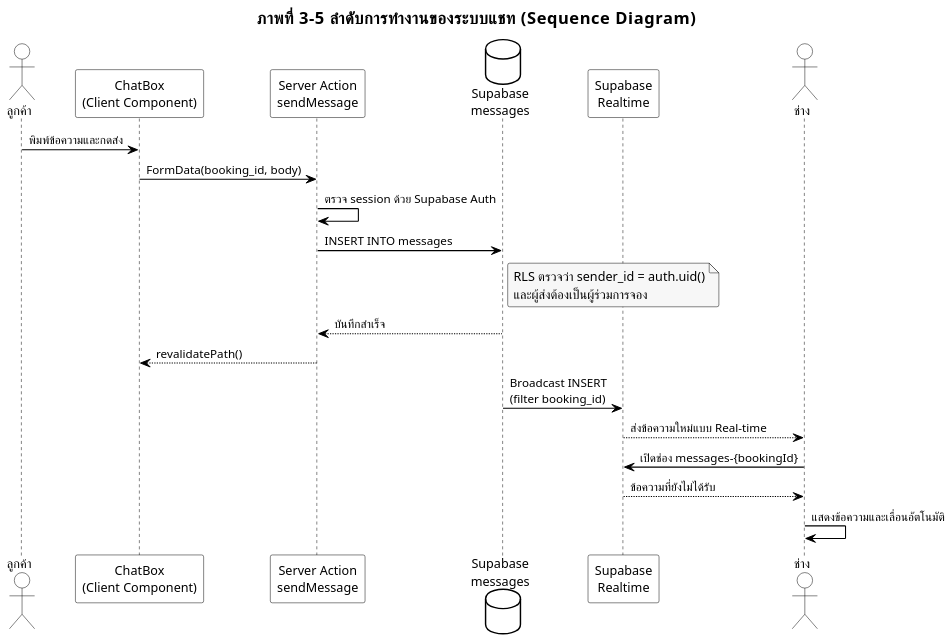
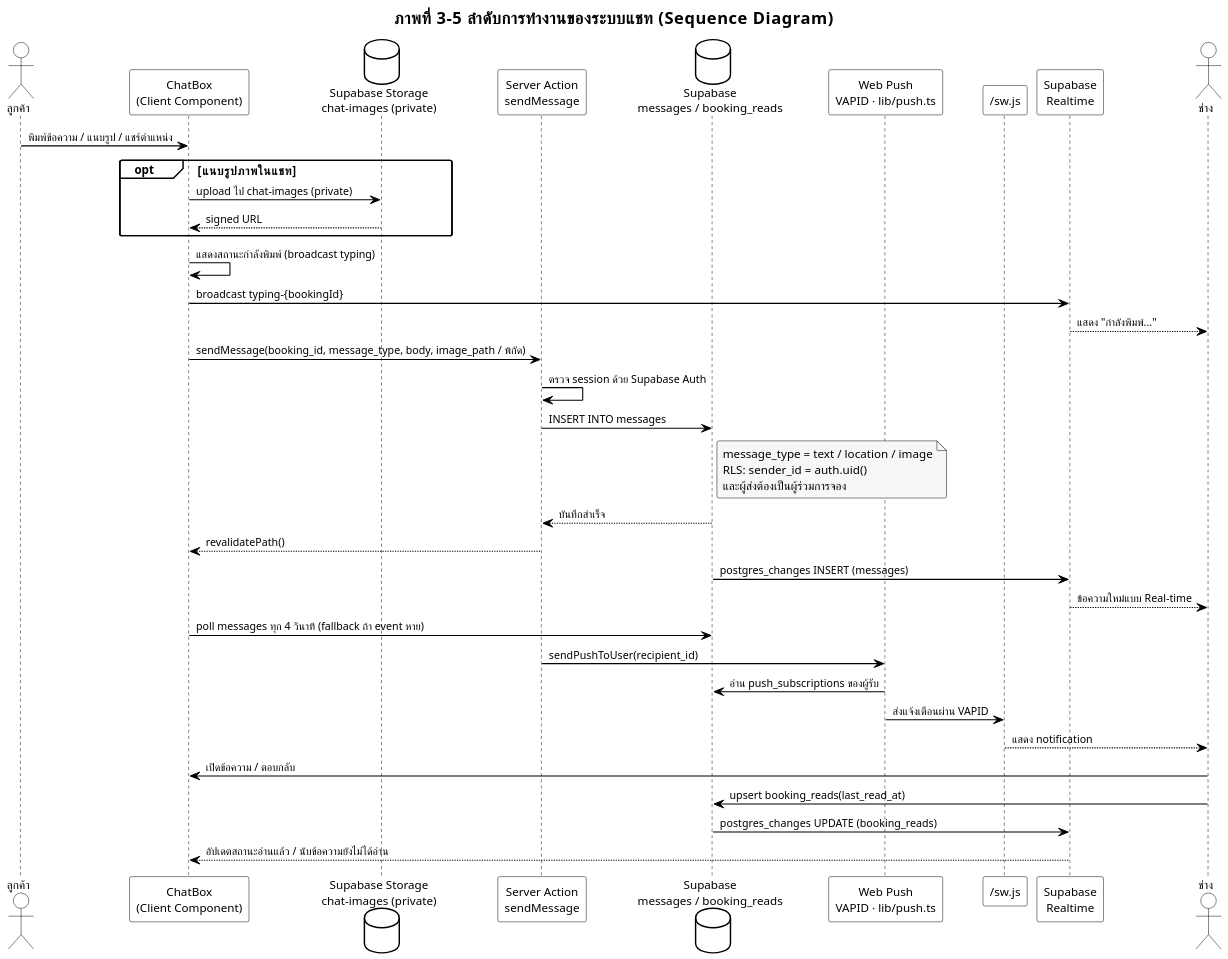
Before and after one commit to sarunyu-d-commits/Fasthelpservice: the diagram in docs/diagrams/05-chat-sequence.puml, drawn with PlantUML. The commit also changed 14 other files, not shown here.

Commit message:
docs: refresh report diagrams to match production web app

```diff
--- a/docs/diagrams/05-chat-sequence.puml
+++ b/docs/diagrams/05-chat-sequence.puml
@@ -1,54 +1,70 @@
 @startuml
 title ภาพที่ 3-5 ลำดับการทำงานของระบบแชท (Sequence Diagram)
 
 skinparam backgroundColor #FFFFFF
 skinparam defaultFontName Tahoma
 skinparam defaultFontColor #000000
-skinparam defaultFontSize 13
+skinparam defaultFontSize 12
 skinparam dpi 150
 skinparam shadowing false
 skinparam roundcorner 4
 skinparam ArrowColor #000000
 skinparam ArrowThickness 1.1
 skinparam ArrowFontColor #000000
-skinparam ArrowFontSize 12
+skinparam ArrowFontSize 11
 skinparam titleFontSize 17
 skinparam titleFontColor #000000
 skinparam participantBackgroundColor #FFFFFF
 skinparam participantBorderColor #000000
 skinparam participantFontColor #000000
 skinparam actorBackgroundColor #FFFFFF
 skinparam actorBorderColor #000000
-skinparam actorFontColor #000000
 skinparam databaseBackgroundColor #FFFFFF
 skinparam databaseBorderColor #000000
 skinparam sequenceLifeLineBorderColor #000000
 skinparam sequenceGroupBackgroundColor #FFFFFF
 skinparam sequenceGroupBorderColor #000000
 skinparam noteBackgroundColor #F7F7F7
 skinparam noteBorderColor #000000
 
 actor "ลูกค้า" as Customer
 participant "ChatBox\n(Client Component)" as UI
+database "Supabase Storage\nchat-images (private)" as Store
 participant "Server Action\nsendMessage" as Action
-database "Supabase\nmessages" as DB
+database "Supabase\nmessages / booking_reads" as DB
+participant "Web Push\nVAPID · lib/push.ts" as Push
+participant "/sw.js" as SW
 participant "Supabase\nRealtime" as RT
 actor "ช่าง" as Provider
 
-Customer -> UI : พิมพ์ข้อความและกดส่ง
-UI -> Action : FormData(booking_id, body)
+Customer -> UI : พิมพ์ข้อความ / แนบรูป / แชร์ตำแหน่ง
+opt แนบรูปภาพในแชท
+  UI -> Store : upload ไป chat-images (private)
+  Store --> UI : signed URL
+end
+UI -> UI : แสดงสถานะกำลังพิมพ์ (broadcast typing)
+UI -> RT : broadcast typing-{bookingId}
+RT --> Provider : แสดง "กำลังพิมพ์..."
+UI -> Action : sendMessage(booking_id, message_type, body, image_path / พิกัด)
 Action -> Action : ตรวจ session ด้วย Supabase Auth
 Action -> DB : INSERT INTO messages
 note right of DB
-  RLS ตรวจว่า sender_id = auth.uid()
+  message_type = text / location / image
+  RLS: sender_id = auth.uid()
   และผู้ส่งต้องเป็นผู้ร่วมการจอง
 end note
 DB --> Action : บันทึกสำเร็จ
 Action --> UI : revalidatePath()
-DB -> RT : Broadcast INSERT\n(filter booking_id)
-RT --> Provider : ส่งข้อความใหม่แบบ Real-time
-Provider -> RT : เปิดช่อง messages-{bookingId}
-RT --> Provider : ข้อความที่ยังไม่ได้รับ
-Provider -> Provider : แสดงข้อความและเลื่อนอัตโนมัติ
+DB -> RT : postgres_changes INSERT (messages)
+RT --> Provider : ข้อความใหม่แบบ Real-time
+UI -> DB : poll messages ทุก 4 วินาที (fallback ถ้า event หาย)
+Action -> Push : sendPushToUser(recipient_id)
+Push -> DB : อ่าน push_subscriptions ของผู้รับ
+Push -> SW : ส่งแจ้งเตือนผ่าน VAPID
+SW --> Provider : แสดง notification
+Provider -> UI : เปิดข้อความ / ตอบกลับ
+Provider -> DB : upsert booking_reads(last_read_at)
+DB -> RT : postgres_changes UPDATE (booking_reads)
+RT --> UI : อัปเดตสถานะอ่านแล้ว / นับข้อความยังไม่ได้อ่าน
 
 @enduml
```
